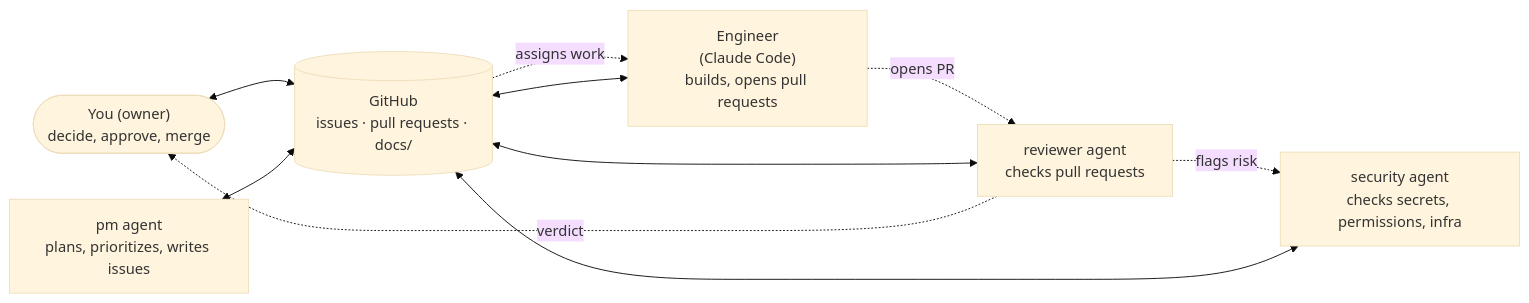
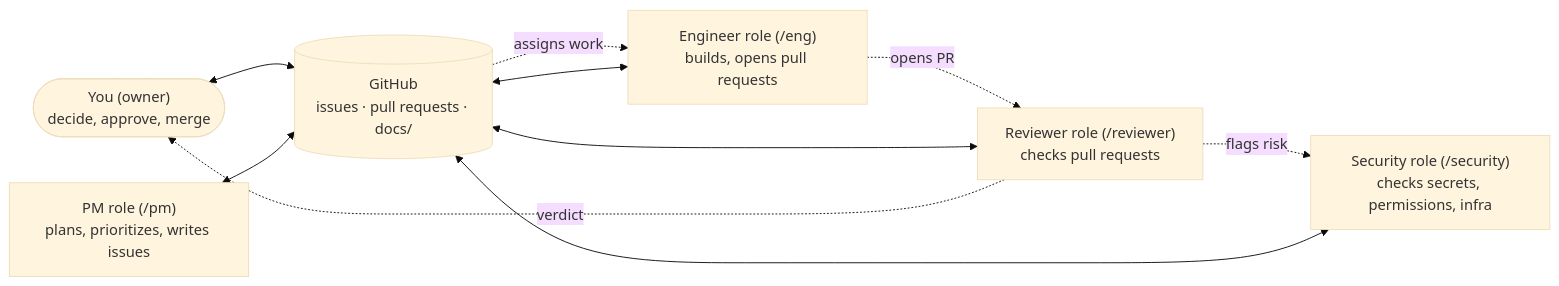
One commit to manoochehri/semilla changed the diagram in handbook/index.md. Above: the diagram before and after it, drawn with Mermaid (base theme). The commit also changed other lines of this file and 12 other files, not shown here.

Commit message:
Add role commands (/pm, /security, /reviewer, /eng) and docs (issue #18)

````diff
--- a/handbook/index.md
+++ b/handbook/index.md
@@ -29,19 +29,19 @@
 ```mermaid
 flowchart LR
     Owner(["You (owner)<br/>decide, approve, merge"])
-    PM["pm agent<br/>plans, prioritizes, writes issues"]
-    Engineer["Engineer<br/>(Claude Code)<br/>builds, opens pull requests"]
-    Reviewer["reviewer agent<br/>checks pull requests"]
-    Security["security agent<br/>checks secrets, permissions, infra"]
+    PM["PM role (/pm)<br/>plans, prioritizes, writes issues"]
+    Engineer["Engineer role (/eng)<br/>builds, opens pull requests"]
+    Reviewer["Reviewer role (/reviewer)<br/>checks pull requests"]
+    Security["Security role (/security)<br/>checks secrets, permissions, infra"]
     GitHub[("GitHub<br/>issues · pull requests · docs/")]
 
     Owner <--> GitHub
     PM <--> GitHub
     Engineer <--> GitHub
     Reviewer <--> GitHub
     Security <--> GitHub
     GitHub -.->|assigns work| Engineer
     Engineer -.->|opens PR| Reviewer
     Reviewer -.->|flags risk| Security
     Reviewer -.->|verdict| Owner
 ```
````
